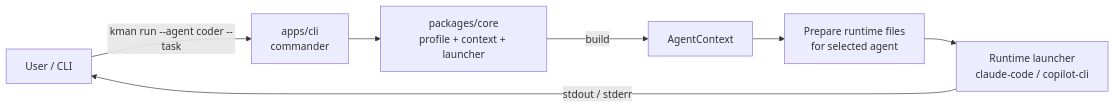
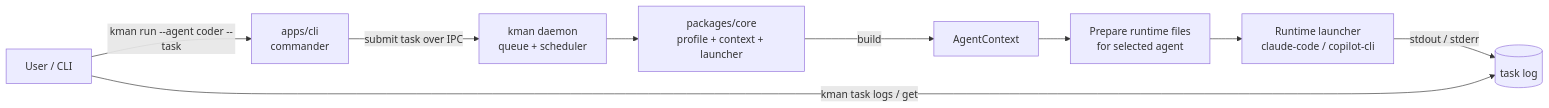
One commit to unliftedq/kman changed the first of 2 diagrams in docs/architecture.md. Above: the diagram before and after it, drawn with Mermaid. The commit also changed other lines of this file and 16 other files, not shown here.

Commit message:
Refactor `kman run` command to submit tasks to the daemon (#21)

````diff
--- a/docs/architecture.md
+++ b/docs/architecture.md
@@ -7,9 +12,11 @@
 ```mermaid
 flowchart LR
     user[User / CLI] -->|kman run --agent coder --task| cli[apps/cli<br/>commander]
-    cli --> core[packages/core<br/>profile + context + launcher]
+    cli -->|submit task over IPC| daemon[kman daemon<br/>queue + scheduler]
+    daemon --> core[packages/core<br/>profile + context + launcher]
     core -->|build| ctx[AgentContext]
     ctx --> prep[Prepare runtime files<br/>for selected agent]
     prep --> backend[Runtime launcher<br/>claude-code / copilot-cli]
-    backend -->|stdout / stderr| user
+    backend -->|stdout / stderr| log[(task log)]
+    user -->|kman task logs / get| log
 ```
````
